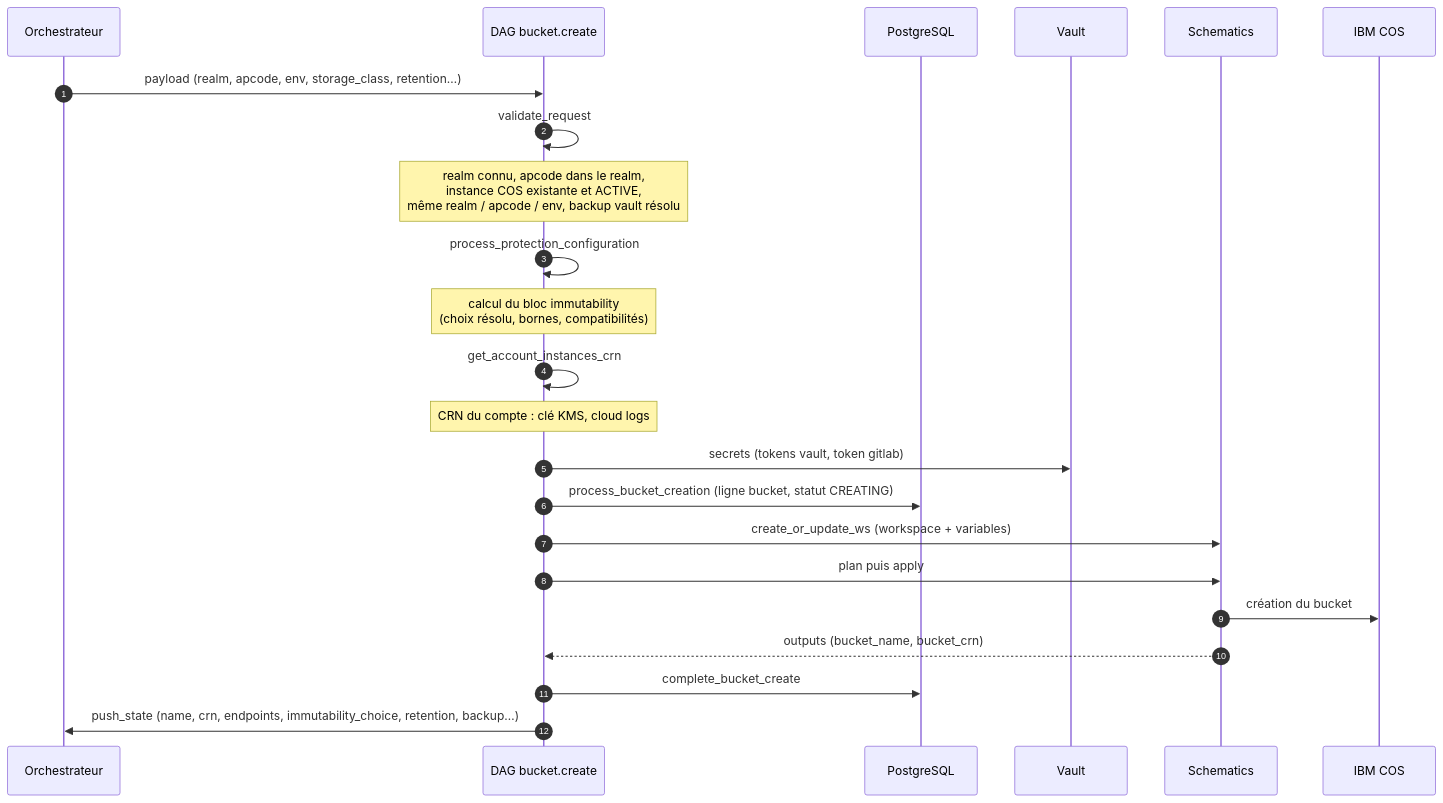
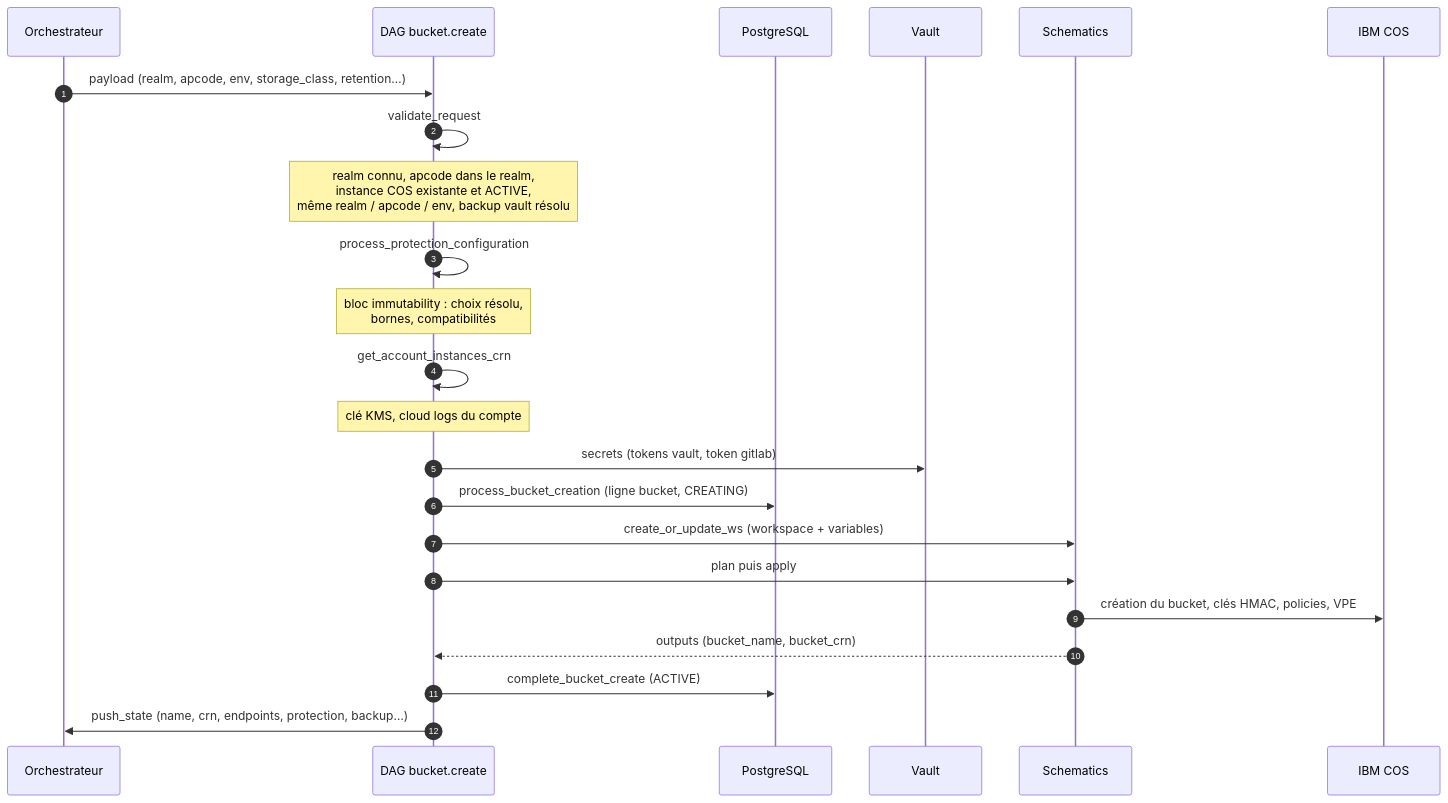
One commit to karimessouabni/cos changed the second of 6 diagrams in cos/README.md. Above: the diagram before and after it, drawn with Mermaid. The commit also changed other lines of this file, not shown here.

First line of the commit message:
README: describe the whole project, not only retention

````diff
--- a/cos/README.md
+++ b/cos/README.md
@@ -82,26 +131,26 @@
 ```mermaid
 sequenceDiagram
     autonumber
     participant O as Orchestrateur
     participant D as DAG bucket.create
     participant DB as PostgreSQL
     participant V as Vault
     participant S as Schematics
     participant I as IBM COS
 
     O->>D: payload (realm, apcode, env, storage_class, retention…)
     D->>D: validate_request
     Note over D: realm connu, apcode dans le realm,<br/>instance COS existante et ACTIVE,<br/>même realm / apcode / env, backup vault résolu
     D->>D: process_protection_configuration
-    Note over D: calcul du bloc immutability<br/>(choix résolu, bornes, compatibilités)
+    Note over D: bloc immutability : choix résolu,<br/>bornes, compatibilités
     D->>D: get_account_instances_crn
-    Note over D: CRN du compte : clé KMS, cloud logs
+    Note over D: clé KMS, cloud logs du compte
     D->>V: secrets (tokens vault, token gitlab)
-    D->>DB: process_bucket_creation (ligne bucket, statut CREATING)
+    D->>DB: process_bucket_creation (ligne bucket, CREATING)
     D->>S: create_or_update_ws (workspace + variables)
     D->>S: plan puis apply
-    S->>I: création du bucket
+    S->>I: création du bucket, clés HMAC, policies, VPE
     S-->>D: outputs (bucket_name, bucket_crn)
-    D->>DB: complete_bucket_create
-    D->>O: push_state (name, crn, endpoints, immutability_choice, retention, backup…)
+    D->>DB: complete_bucket_create (ACTIVE)
+    D->>O: push_state (name, crn, endpoints, protection, backup…)
 ```
````
